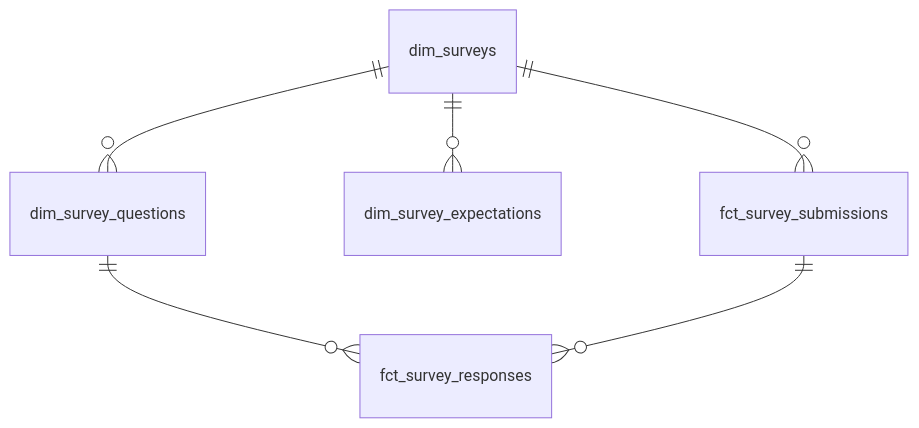
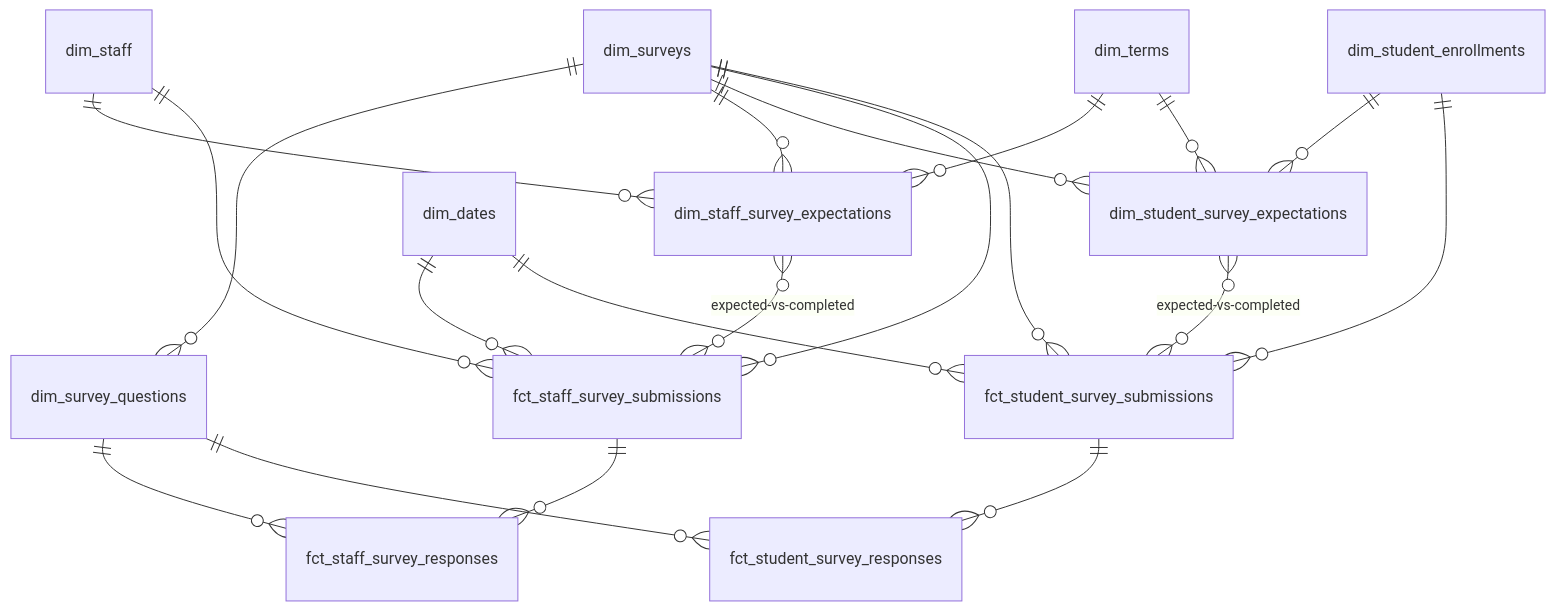
Before and after one commit to TEAMSchools/teamster: the ninth of 10 diagrams in docs/superpowers/specs/2026-03-27-star-schema-data-mart-design.md, drawn with Mermaid. The commit also changed other lines of this file, not shown here.

First line of the commit message:
docs: incorporate star-schema mart spec feedback on A+X traversal

````diff
--- a/docs/superpowers/specs/2026-03-27-star-schema-data-mart-design.md
+++ b/docs/superpowers/specs/2026-03-27-star-schema-data-mart-design.md
@@ -580,8 +696,22 @@
 ```mermaid
 erDiagram
     dim_surveys ||--o{ dim_survey_questions : ""
-    dim_surveys ||--o{ dim_survey_expectations : ""
-    dim_surveys ||--o{ fct_survey_submissions : ""
-    dim_survey_questions ||--o{ fct_survey_responses : ""
-    fct_survey_submissions ||--o{ fct_survey_responses : ""
+    dim_surveys ||--o{ dim_staff_survey_expectations : ""
+    dim_surveys ||--o{ dim_student_survey_expectations : ""
+    dim_surveys ||--o{ fct_staff_survey_submissions : ""
+    dim_surveys ||--o{ fct_student_survey_submissions : ""
+    dim_staff ||--o{ dim_staff_survey_expectations : ""
+    dim_staff ||--o{ fct_staff_survey_submissions : ""
+    dim_student_enrollments ||--o{ dim_student_survey_expectations : ""
+    dim_student_enrollments ||--o{ fct_student_survey_submissions : ""
+    dim_survey_questions ||--o{ fct_staff_survey_responses : ""
+    dim_survey_questions ||--o{ fct_student_survey_responses : ""
+    fct_staff_survey_submissions ||--o{ fct_staff_survey_responses : ""
+    fct_student_survey_submissions ||--o{ fct_student_survey_responses : ""
+    dim_staff_survey_expectations }o--o{ fct_staff_survey_submissions : "expected-vs-completed"
+    dim_student_survey_expectations }o--o{ fct_student_survey_submissions : "expected-vs-completed"
+    dim_terms ||--o{ dim_staff_survey_expectations : ""
+    dim_terms ||--o{ dim_student_survey_expectations : ""
+    dim_dates ||--o{ fct_staff_survey_submissions : ""
+    dim_dates ||--o{ fct_student_survey_submissions : ""
 ```
````
